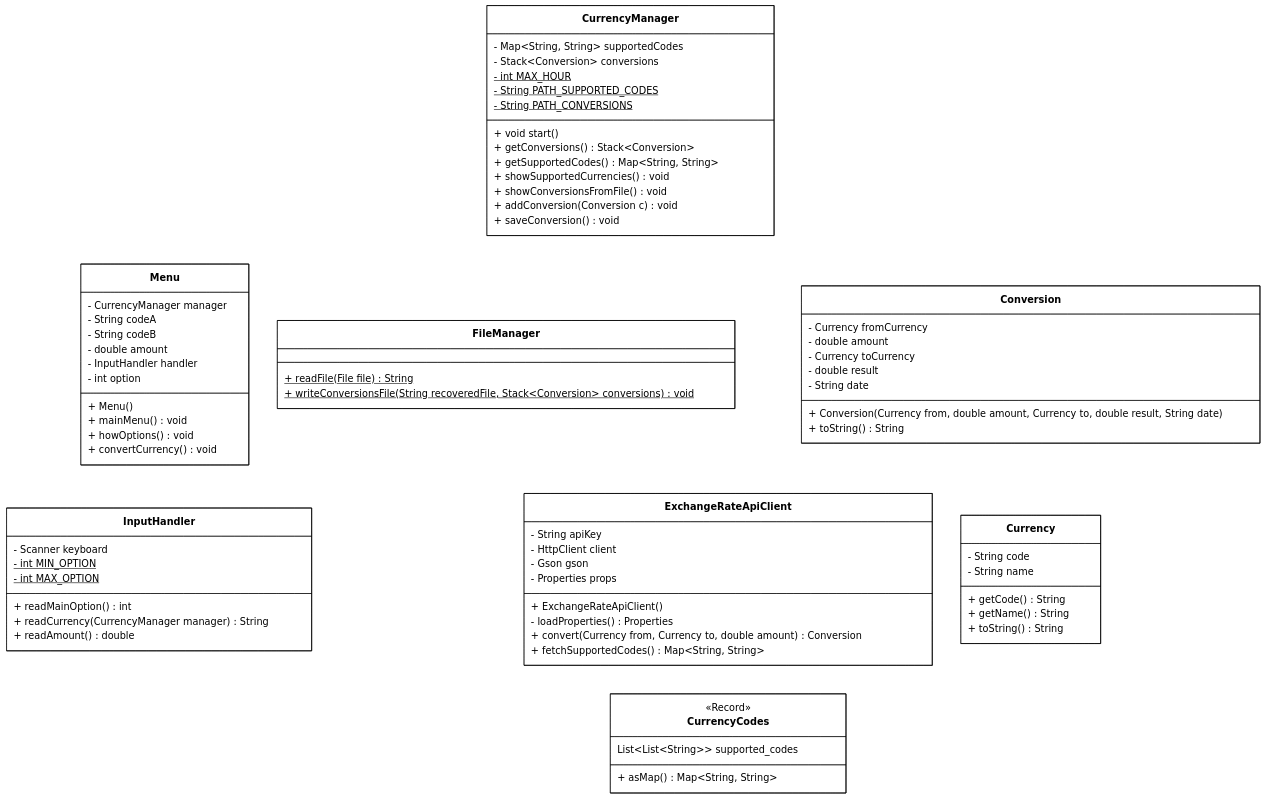
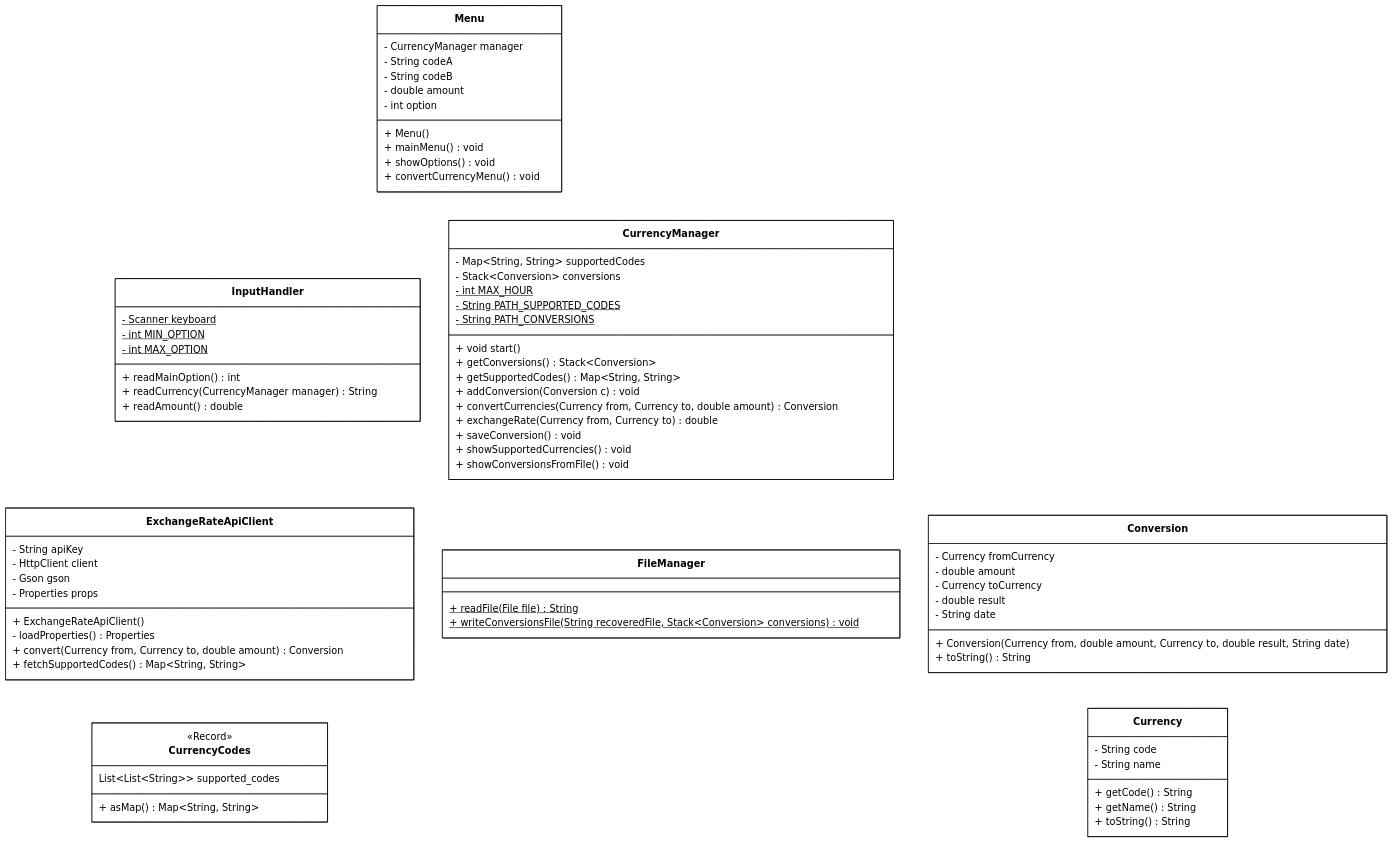
Before and after one commit to Nico-Monti/currency-convertor: the diagram in README.md, drawn with Mermaid. The commit also changed other lines of this file and 5 other files, not shown here.

```diff
--- a/README.md
+++ b/README.md
@@ -47,20 +47,62 @@
     fontSize: '17px'
 ---
 classDiagram
-    Menu -- InputHandler
-    Menu -- ExchangeRateApiClient
-    CurrencyManager -- ExchangeRateApiClient
-    CurrencyManager -- FileManager
-    CurrencyManager -- Conversion
-    CurrencyManager -- Menu
+    Menu ..> InputHandler
+    Menu *-- CurrencyManager
     
+    CurrencyManager ..> ExchangeRateApiClient
+    CurrencyManager ..> FileManager
+    CurrencyManager o-- Conversion
     ExchangeRateApiClient -- CurrencyCodes
-    Conversion -- Currency
+    Conversion *-- Currency
     
+    class Menu {
+        - CurrencyManager manager
+        - String codeA
+        - String codeB
+        - double amount
+        - int option
+
+        + Menu()
+        + mainMenu() void
+        + showOptions() void
+        + convertCurrencyMenu() void
+    }
+
+    class CurrencyManager {
+        - Map~String, String~ supportedCodes
+        - Stack~Conversion~ conversions
+        - int MAX_HOUR$
+        - String PATH_SUPPORTED_CODES$
+        - String PATH_CONVERSIONS$
+
+        + void start()
+        + getConversions() Stack~Conversion~
+        + getSupportedCodes() Map~String, String~
+        + addConversion(Conversion c) void
+        + convertCurrencies(Currency from, Currency to, double amount) Conversion
+        + exchangeRate(Currency from, Currency to) double
+        + saveConversion() void
+        + showSupportedCurrencies() void
+        + showConversionsFromFile() void
+        
+    }
+
+    class Conversion {
+        - Currency fromCurrency
+        - double amount
+        - Currency toCurrency
+        - double result
+        - String date
+
+        + Conversion(Currency from, double amount, Currency to, double result, String date)
+        + toString() String
+    }
     
     class Currency {
         - String code
         - String name
+        
         + getCode() String
         + getName() String
         + toString() String
@@ -71,62 +113,22 @@
         - HttpClient client
         - Gson gson
         - Properties props
-
+        
         + ExchangeRateApiClient()
         - loadProperties() Properties 
         + convert(Currency from, Currency to, double amount) Conversion 
         + fetchSupportedCodes() Map~String, String~
     }
 
+
     class CurrencyCodes {
         <<Record>>
         List~List~String~~ supported_codes
-        + asMap() Map~String, String~ 
-    }
-
-    class Conversion {
-        - Currency fromCurrency
-        - double amount
-        - Currency toCurrency
-        - double result
-        - String date
-
-        + Conversion(Currency from, double amount, Currency to, double result, String date)
-        + toString() String 
-    }
-
-    class CurrencyManager {
-        - Map~String, String~ supportedCodes
-        - Stack~Conversion~ conversions
-        - int MAX_HOUR$
-        - String PATH_SUPPORTED_CODES$
-        - String PATH_CONVERSIONS$
-
-        + void start()
-        + getConversions() Stack~Conversion~ 
-        + getSupportedCodes() Map~String, String~ 
-        + showSupportedCurrencies() void 
-        + showConversionsFromFile() void 
-        + addConversion(Conversion c) void 
-        + saveConversion() void 
-    }
-
-    class Menu {
-        - CurrencyManager manager
-        - String codeA
-        - String codeB
-        - double amount
-        - InputHandler handler
-        - int option
-
-        + Menu()
-        + mainMenu() void
-        + howOptions() void
-        + convertCurrency() void
+        + asMap() Map~String, String~
     }
 
     class InputHandler {
-        - Scanner keyboard
+        - Scanner keyboard$
         - int MIN_OPTION$
         - int MAX_OPTION$
 
```
